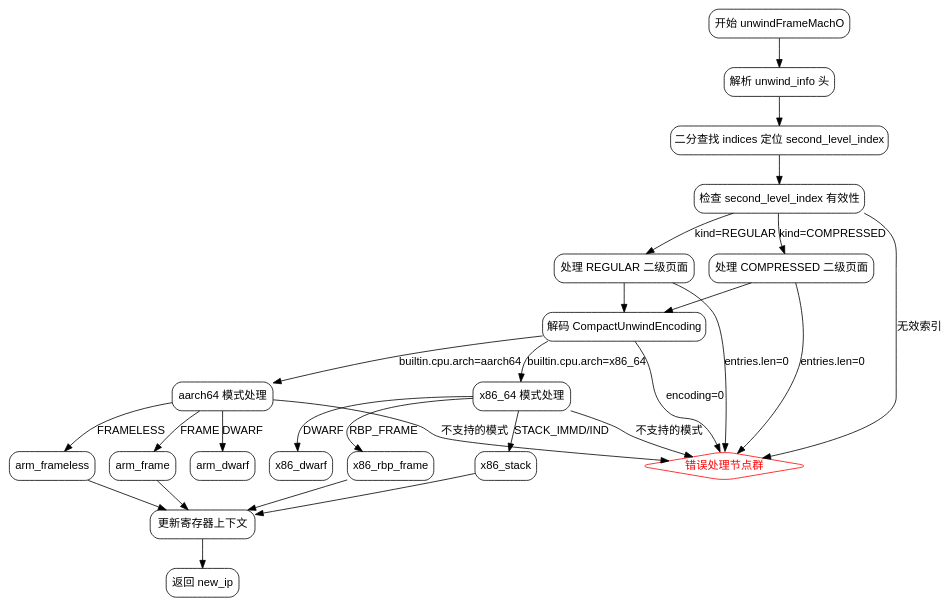
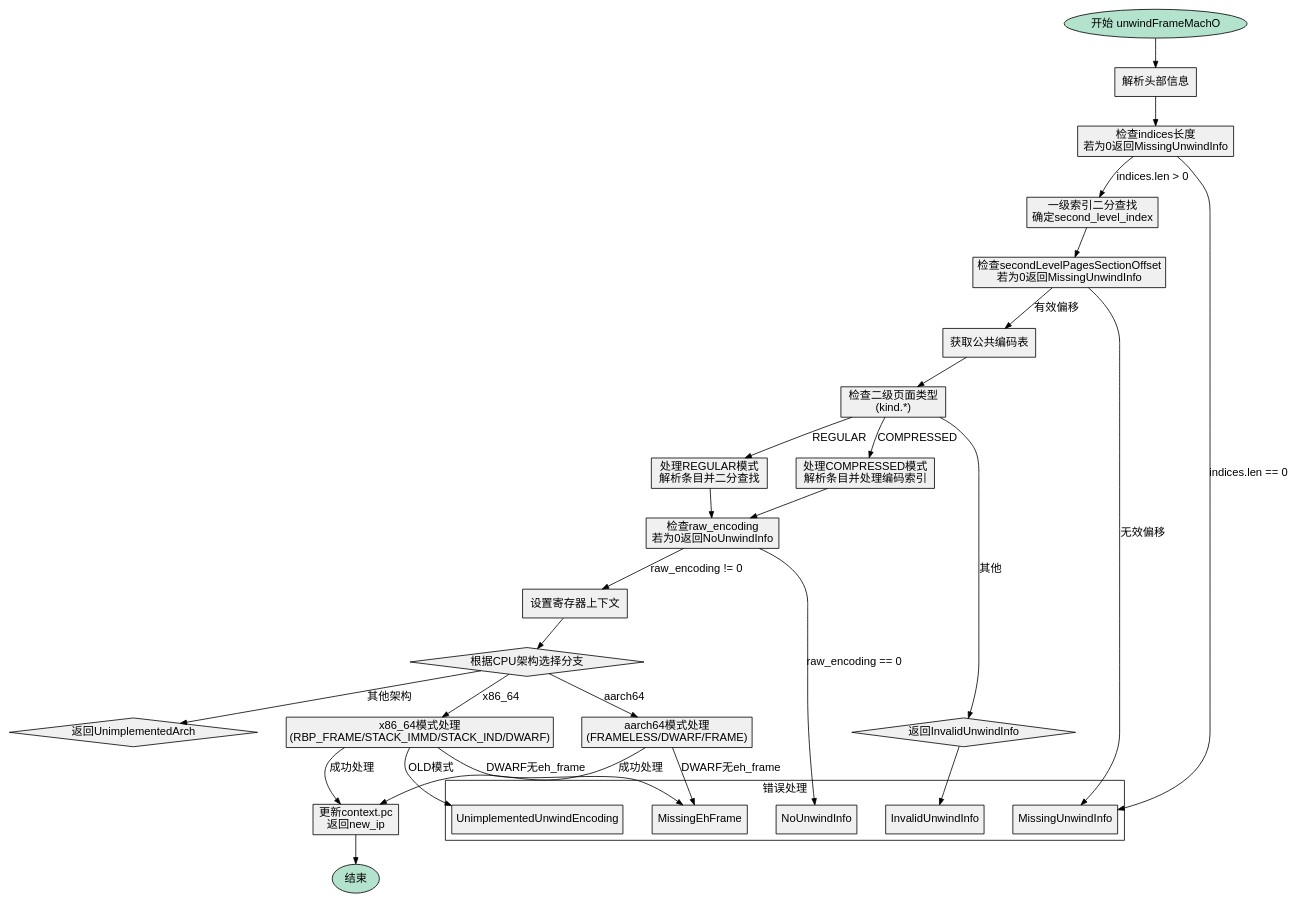
The diagram in dot_std/debug/SelfInfo.zig.unwindFrameMachO.md (sdzx-1/deepseek-zig-reader), drawn with Graphviz before and after one commit. The commit also changed other lines of this file and 236 other files, not shown here.

````diff
--- a/dot_std/debug/SelfInfo.zig.unwindFrameMachO.md
+++ b/dot_std/debug/SelfInfo.zig.unwindFrameMachO.md
@@ -20,66 +13,73 @@
-```dot
-digraph flowchart {
-    node [shape=rectangle, style="rounded", fontname="Arial"];
-    edge [fontname="Arial"];
+```graphviz
+digraph unwindFrameMachO {
+    graph [fontname="Arial", nodesep=0.5, ranksep=0.5];
+    node [fontname="Arial", shape=rectangle, style=filled, fillcolor="#f0f0f0"];
+    edge [fontname="Arial", arrowsize=0.8];
 
-    start [label="开始 unwindFrameMachO"];
-    parse_header [label="解析 unwind_info 头"];
-    binary_search_index [label="二分查找 indices 定位 second_level_index"];
-    check_second_level [label="检查 second_level_index 有效性"];
-    handle_regular [label="处理 REGULAR 二级页面"];
-    handle_compressed [label="处理 COMPRESSED 二级页面"];
-    decode_encoding [label="解码 CompactUnwindEncoding"];
-    x86_mode [label="x86_64 模式处理"];
-    arm_mode [label="aarch64 模式处理"];
-    update_context [label="更新寄存器上下文"];
-    return_ip [label="返回 new_ip"];
-    error_nodes [label="错误处理节点群", shape=diamond];
+    start [label="开始 unwindFrameMachO", shape=ellipse, fillcolor="#b3e2cd"];
+    parse_header [label="解析头部信息"];
+    check_indices [label="检查indices长度\n若为0返回MissingUnwindInfo"];
+    binary_search_first_level [label="一级索引二分查找\n确定second_level_index"];
+    check_second_level_offset [label="检查secondLevelPagesSectionOffset\n若为0返回MissingUnwindInfo"];
+    get_common_encodings [label="获取公共编码表"];
+    check_second_level_kind [label="检查二级页面类型\n(kind.*)"];
 
-    // 主流程
+    handle_regular [label="处理REGULAR模式\n解析条目并二分查找"];
+    handle_compressed [label="处理COMPRESSED模式\n解析条目并处理编码索引"];
+    invalid_kind [label="返回InvalidUnwindInfo", shape=diamond];
+
+    check_raw_encoding [label="检查raw_encoding\n若为0返回NoUnwindInfo"];
+    setup_reg_context [label="设置寄存器上下文"];
+
+    arch_decision [label="根据CPU架构选择分支", shape=diamond];
+    x86_64_modes [label="x86_64模式处理\n(RBP_FRAME/STACK_IMMD/STACK_IND/DWARF)"];
+    aarch64_modes [label="aarch64模式处理\n(FRAMELESS/DWARF/FRAME)"];
+    unimplemented_arch [label="返回UnimplementedArch", shape=diamond];
+
+    update_context [label="更新context.pc\n返回new_ip"];
+    end [label="结束", shape=ellipse, fillcolor="#b3e2cd"];
+
+    subgraph cluster_error_handling {
+        label="错误处理";
+        error_missing [label="MissingUnwindInfo"];
+        error_invalid [label="InvalidUnwindInfo"];
+        error_unimplemented [label="UnimplementedUnwindEncoding"];
+        error_missing_eh [label="MissingEhFrame"];
+        error_no_unwind [label="NoUnwindInfo"];
+    }
+
     start -> parse_header;
-    parse_header -> binary_search_index;
-    binary_search_index -> check_second_level;
-    check_second_level -> handle_regular [label="kind=REGULAR"];
-    check_second_level -> handle_compressed [label="kind=COMPRESSED"];
-    
-    // 二级页面处理
-    handle_regular -> decode_encoding;
-    handle_compressed -> decode_encoding;
-    
-    // 编码解码与架构分支
-    decode_encoding -> x86_mode [label="builtin.cpu.arch=x86_64"];
-    decode_encoding -> arm_mode [label="builtin.cpu.arch=aarch64"];
-    
-    // x86 子分支
-    x86_mode -> x86_rbp_frame [label="RBP_FRAME"];
-    x86_mode -> x86_stack [label="STACK_IMMD/IND"];
-    x86_mode -> x86_dwarf [label="DWARF"];
-    
-    // ARM 子分支
-    arm_mode -> arm_frameless [label="FRAMELESS"];
-    arm_mode -> arm_frame [label="FRAME"];
-    arm_mode -> arm_dwarf [label="DWARF"];
-    
-    // 公共路径
-    x86_rbp_frame -> update_context;
-    x86_stack -> update_context;
-    arm_frameless -> update_context;
-    arm_frame -> update_context;
-    
-    // 上下文更新和返回
-    update_context -> return_ip;
-    
-    // 错误处理（简化为聚合节点）
-    check_second_level -> error_nodes [label="无效索引"];
-    handle_regular -> error_nodes [label="entries.len=0"];
-    handle_compressed -> error_nodes [label="entries.len=0"];
-    decode_encoding -> error_nodes [label="encoding=0"];
-    x86_mode -> error_nodes [label="不支持的模式"];
-    arm_mode -> error_nodes [label="不支持的模式"];
-    
-    // 样式调整
-    error_nodes [color=red, fontcolor=red];
-    {rank=same; x86_mode arm_mode}
-    {rank=same; handle_regular handle_compressed}
+    parse_header -> check_indices;
+    check_indices -> binary_search_first_level [label="indices.len > 0"];
+    check_indices -> error_missing [label="indices.len == 0"];
+
+    binary_search_first_level -> check_second_level_offset;
+    check_second_level_offset -> get_common_encodings [label="有效偏移"];
+    check_second_level_offset -> error_missing [label="无效偏移"];
+
+    get_common_encodings -> check_second_level_kind;
+    check_second_level_kind -> handle_regular [label="REGULAR"];
+    check_second_level_kind -> handle_compressed [label="COMPRESSED"];
+    check_second_level_kind -> invalid_kind [label="其他"];
+    invalid_kind -> error_invalid;
+
+    handle_regular -> check_raw_encoding;
+    handle_compressed -> check_raw_encoding;
+
+    check_raw_encoding -> setup_reg_context [label="raw_encoding != 0"];
+    check_raw_encoding -> error_no_unwind [label="raw_encoding == 0"];
+
+    setup_reg_context -> arch_decision;
+    arch_decision -> x86_64_modes [label="x86_64"];
+    arch_decision -> aarch64_modes [label="aarch64"];
+    arch_decision -> unimplemented_arch [label="其他架构"];
+
+    x86_64_modes -> update_context [label="成功处理"];
+    aarch64_modes -> update_context [label="成功处理"];
+    x86_64_modes -> error_unimplemented [label="OLD模式"];
+    x86_64_modes -> error_missing_eh [label="DWARF无eh_frame"];
+    aarch64_modes -> error_missing_eh [label="DWARF无eh_frame"];
+
+    update_context -> end;
 }
 ```
````
